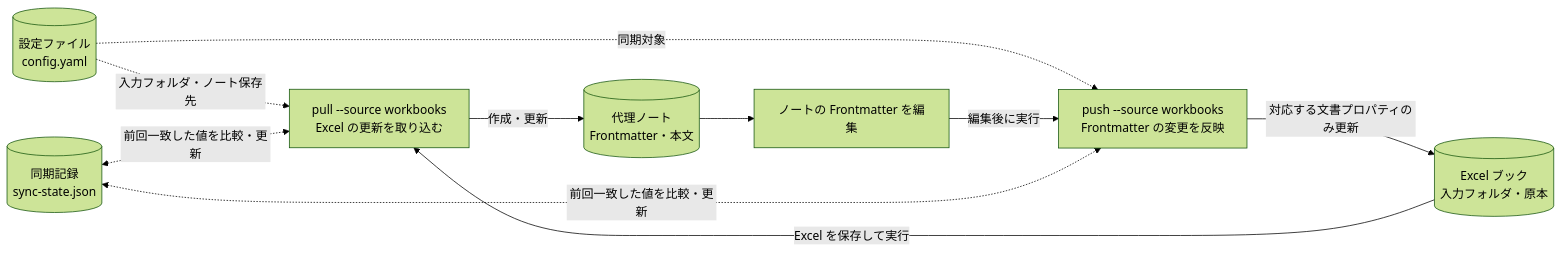
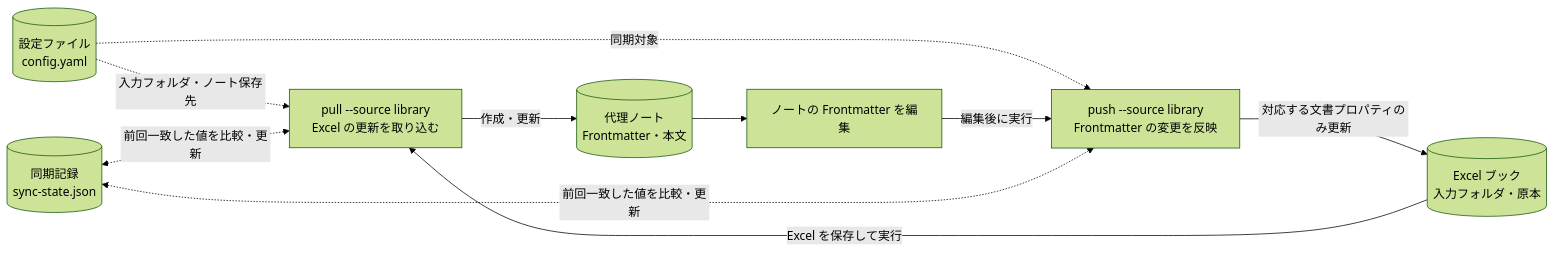
One commit to tuckn/tkn_excel_note changed the second of 2 diagrams in README.md. Above: the diagram before and after it, drawn with Mermaid (forest theme). The commit also changed other lines of this file and 32 other files, not shown here.

First line of the commit message:
feat!: restructure config.yaml into schema 3.0.0

````diff
--- a/README.md
+++ b/README.md
@@ -304,20 +304,20 @@
 ```mermaid
 flowchart LR
     config[("設定ファイル<br/>config.yaml")]
     books[("Excel ブック<br/>入力フォルダ・原本")]
     notes[("代理ノート<br/>Frontmatter・本文")]
     state[("同期記録<br/>sync-state.json")]
-    pull["pull --source workbooks<br/>Excel の更新を取り込む"]
+    pull["pull --source library<br/>Excel の更新を取り込む"]
     edit["ノートの Frontmatter を編集"]
-    push["push --source workbooks<br/>Frontmatter の変更を反映"]
+    push["push --source library<br/>Frontmatter の変更を反映"]
 
     config -.->|入力フォルダ・ノート保存先| pull
     config -.->|同期対象| push
     books -->|Excel を保存して実行| pull
     pull -->|作成・更新| notes
     notes --> edit
     edit -->|編集後に実行| push
     push -->|対応する文書プロパティのみ更新| books
     state <-.->|前回一致した値を比較・更新| pull
     state <-.->|前回一致した値を比較・更新| push
 ```
````
